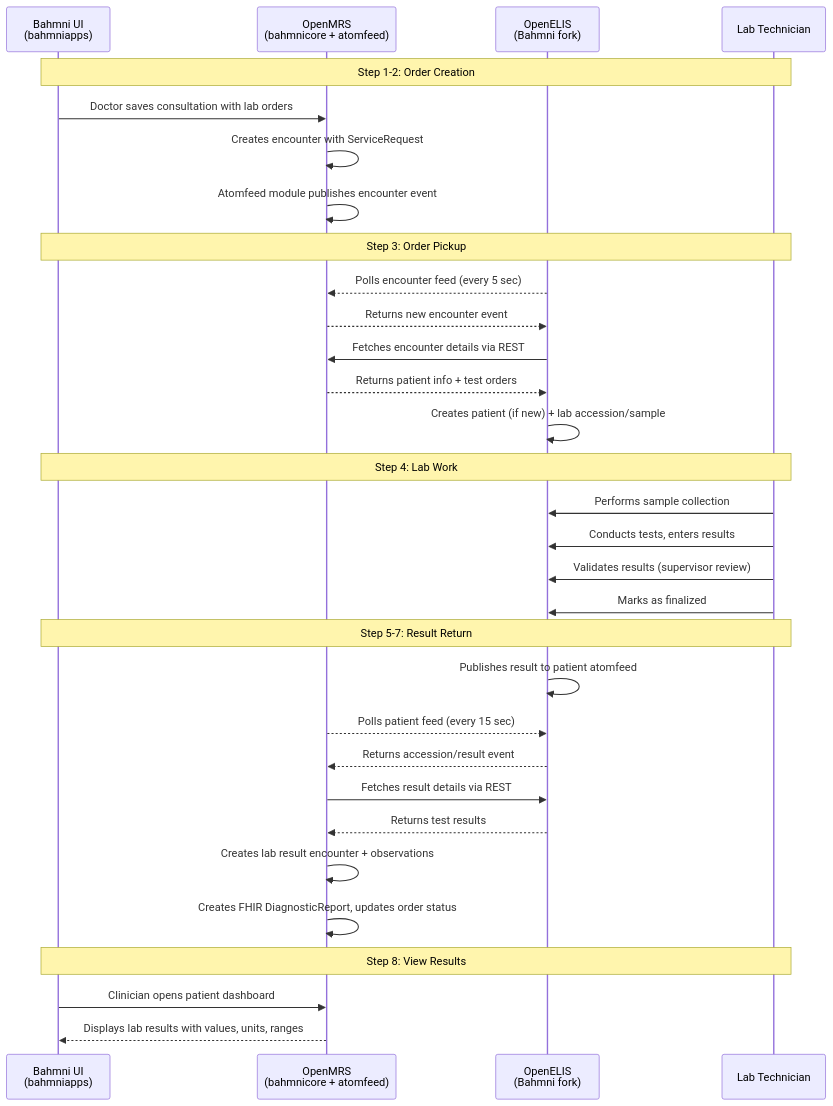
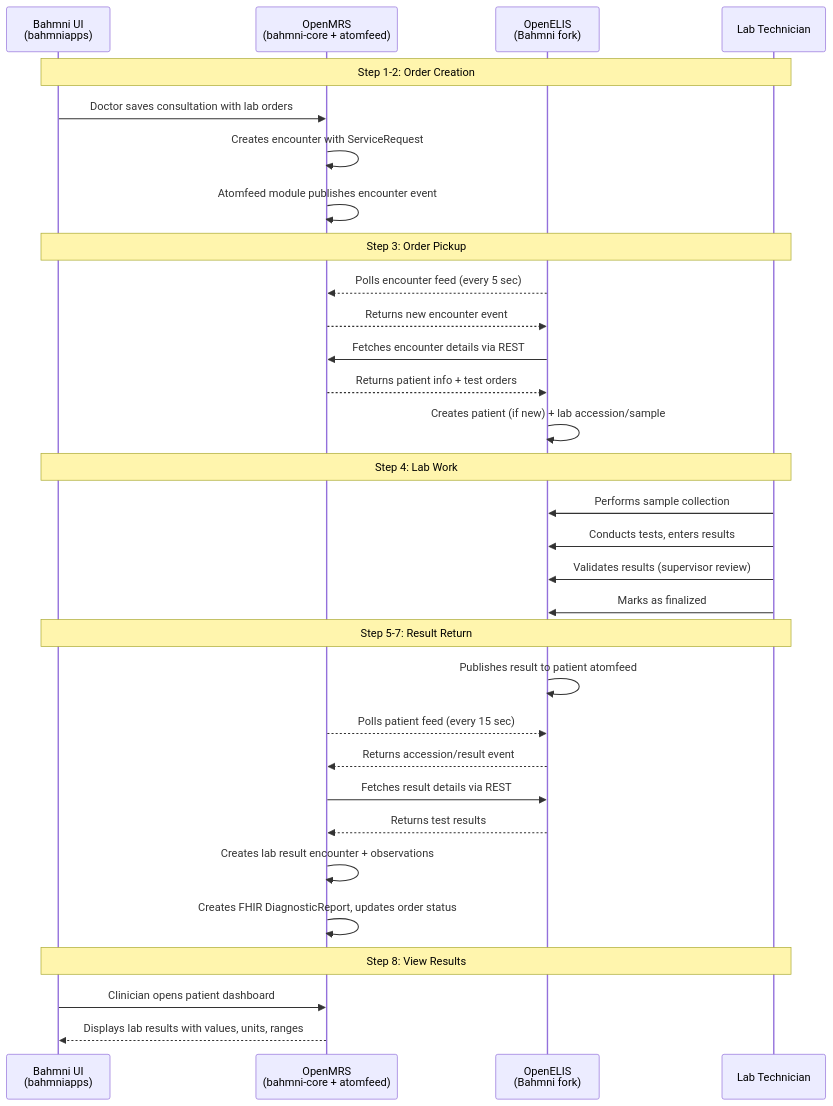
One commit to Bahmni/OpenElis changed the first of 6 diagrams in bahmni-openelis-global2-integration-plan.md. Above: the diagram before and after it, drawn with Mermaid. The commit also changed other lines of this file, not shown here.

````diff
--- a/bahmni-openelis-global2-integration-plan.md
+++ b/bahmni-openelis-global2-integration-plan.md
@@ -23,38 +23,38 @@
 ```mermaid
 sequenceDiagram
     participant UI as Bahmni UI<br/>(bahmniapps)
-    participant MRS as OpenMRS<br/>(bahmnicore + atomfeed)
+    participant MRS as OpenMRS<br/>(bahmni-core + atomfeed)
     participant ELIS as OpenELIS<br/>(Bahmni fork)
     participant LAB as Lab Technician
 
     Note over UI,LAB: Step 1-2: Order Creation
     UI->>MRS: Doctor saves consultation with lab orders
     MRS->>MRS: Creates encounter with ServiceRequest
     MRS->>MRS: Atomfeed module publishes encounter event
 
     Note over UI,LAB: Step 3: Order Pickup
     ELIS-->>MRS: Polls encounter feed (every 5 sec)
     MRS-->>ELIS: Returns new encounter event
     ELIS->>MRS: Fetches encounter details via REST
     MRS-->>ELIS: Returns patient info + test orders
     ELIS->>ELIS: Creates patient (if new) + lab accession/sample
 
     Note over UI,LAB: Step 4: Lab Work
     LAB->>ELIS: Performs sample collection
     LAB->>ELIS: Conducts tests, enters results
     LAB->>ELIS: Validates results (supervisor review)
     LAB->>ELIS: Marks as finalized
 
     Note over UI,LAB: Step 5-7: Result Return
     ELIS->>ELIS: Publishes result to patient atomfeed
     MRS-->>ELIS: Polls patient feed (every 15 sec)
     ELIS-->>MRS: Returns accession/result event
     MRS->>ELIS: Fetches result details via REST
     ELIS-->>MRS: Returns test results
     MRS->>MRS: Creates lab result encounter + observations
     MRS->>MRS: Creates FHIR DiagnosticReport, updates order status
 
     Note over UI,LAB: Step 8: View Results
     UI->>MRS: Clinician opens patient dashboard
     MRS-->>UI: Displays lab results with values, units, ranges
 ```
````
